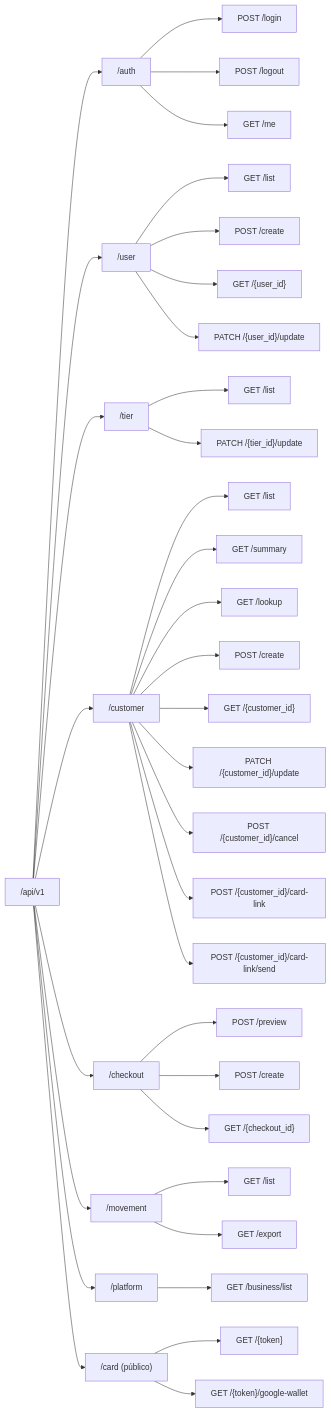
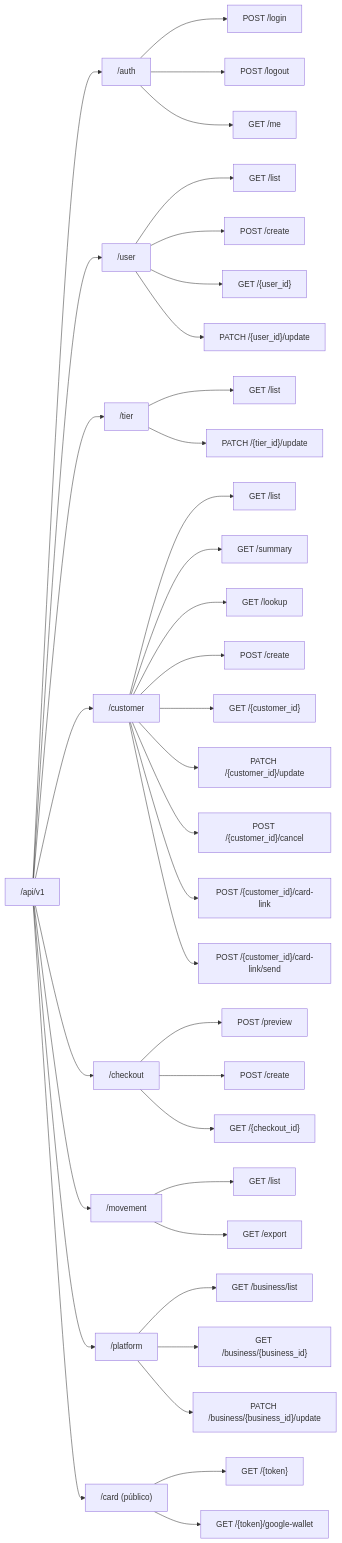
Before and after one commit to AGA-Studio/Member-Web: the eighth of 15 diagrams in docs/ARCHITECTURE.md, drawn with Mermaid. The commit also changed other lines of this file, not shown here.

````diff
--- a/docs/ARCHITECTURE.md
+++ b/docs/ARCHITECTURE.md
@@ -498,45 +513,47 @@
 ```mermaid
 flowchart LR
     ROOT["/api/v1"] --> AUTH["/auth"]
     ROOT --> USER["/user"]
     ROOT --> TIER["/tier"]
     ROOT --> CUST["/customer"]
     ROOT --> CHK["/checkout"]
     ROOT --> MOV["/movement"]
     ROOT --> PLAT["/platform"]
     ROOT --> CARD["/card (público)"]
 
     AUTH --> L["POST /login"]
     AUTH --> LO["POST /logout"]
     AUTH --> ME["GET /me"]
 
     USER --> UL["GET /list"]
     USER --> UC["POST /create"]
     USER --> UG["GET /{user_id}"]
     USER --> UU["PATCH /{user_id}/update"]
 
     TIER --> TL["GET /list"]
     TIER --> TU["PATCH /{tier_id}/update"]
 
     CUST --> CL["GET /list"]
     CUST --> CS["GET /summary"]
     CUST --> CK["GET /lookup"]
     CUST --> CC["POST /create"]
     CUST --> CG["GET /{customer_id}"]
     CUST --> CU["PATCH /{customer_id}/update"]
     CUST --> CX["POST /{customer_id}/cancel"]
     CUST --> CLK["POST /{customer_id}/card-link"]
     CUST --> CLS["POST /{customer_id}/card-link/send"]
 
     CHK --> KP["POST /preview"]
     CHK --> KC["POST /create"]
     CHK --> KG["GET /{checkout_id}"]
 
     MOV --> VL["GET /list"]
     MOV --> VE["GET /export"]
 
     PLAT --> PB["GET /business/list"]
+    PLAT --> PG["GET /business/{business_id}"]
+    PLAT --> PU["PATCH /business/{business_id}/update"]
 
     CARD --> DG["GET /{token}"]
     CARD --> DW["GET /{token}/google-wallet"]
 ```
````
